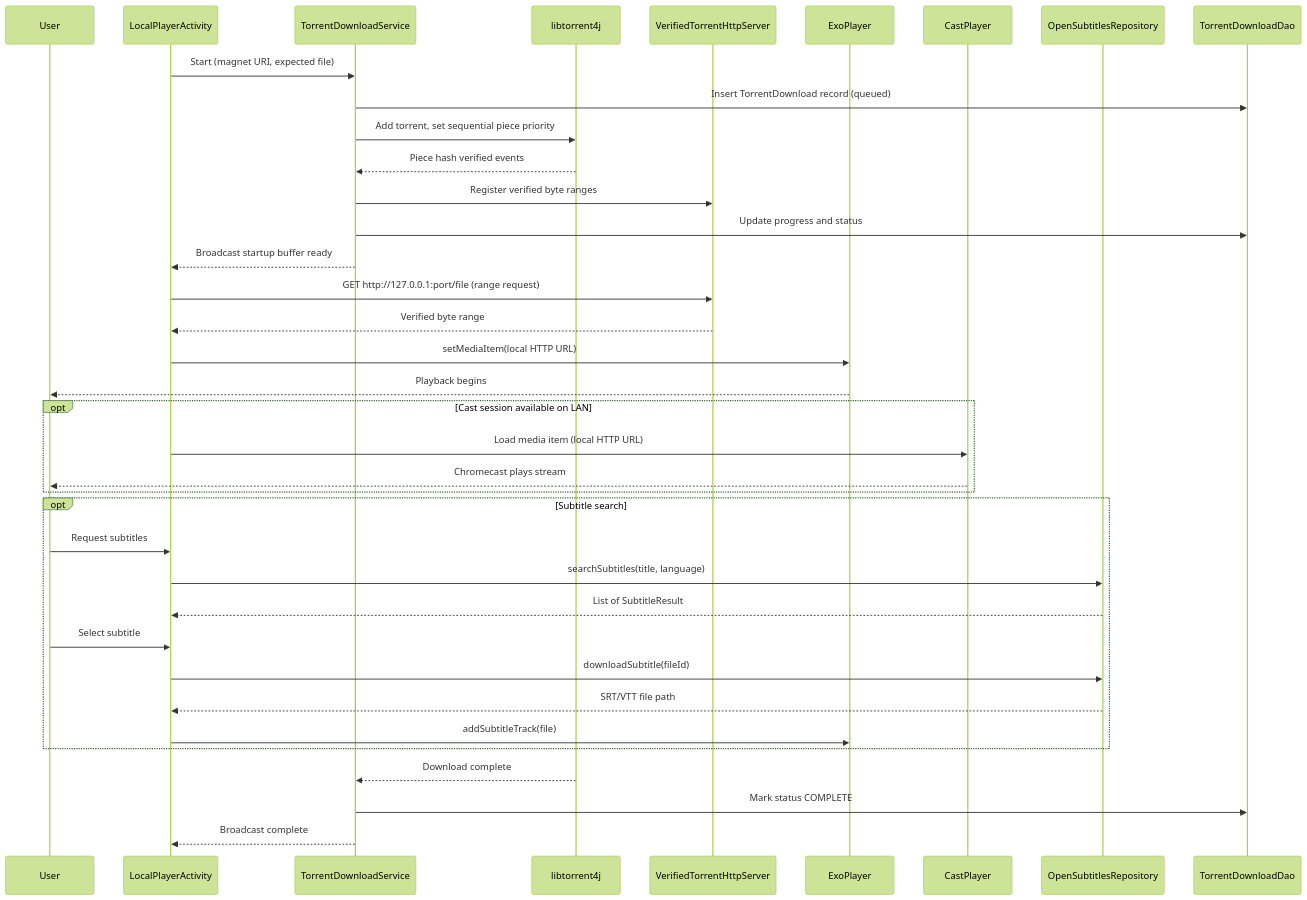
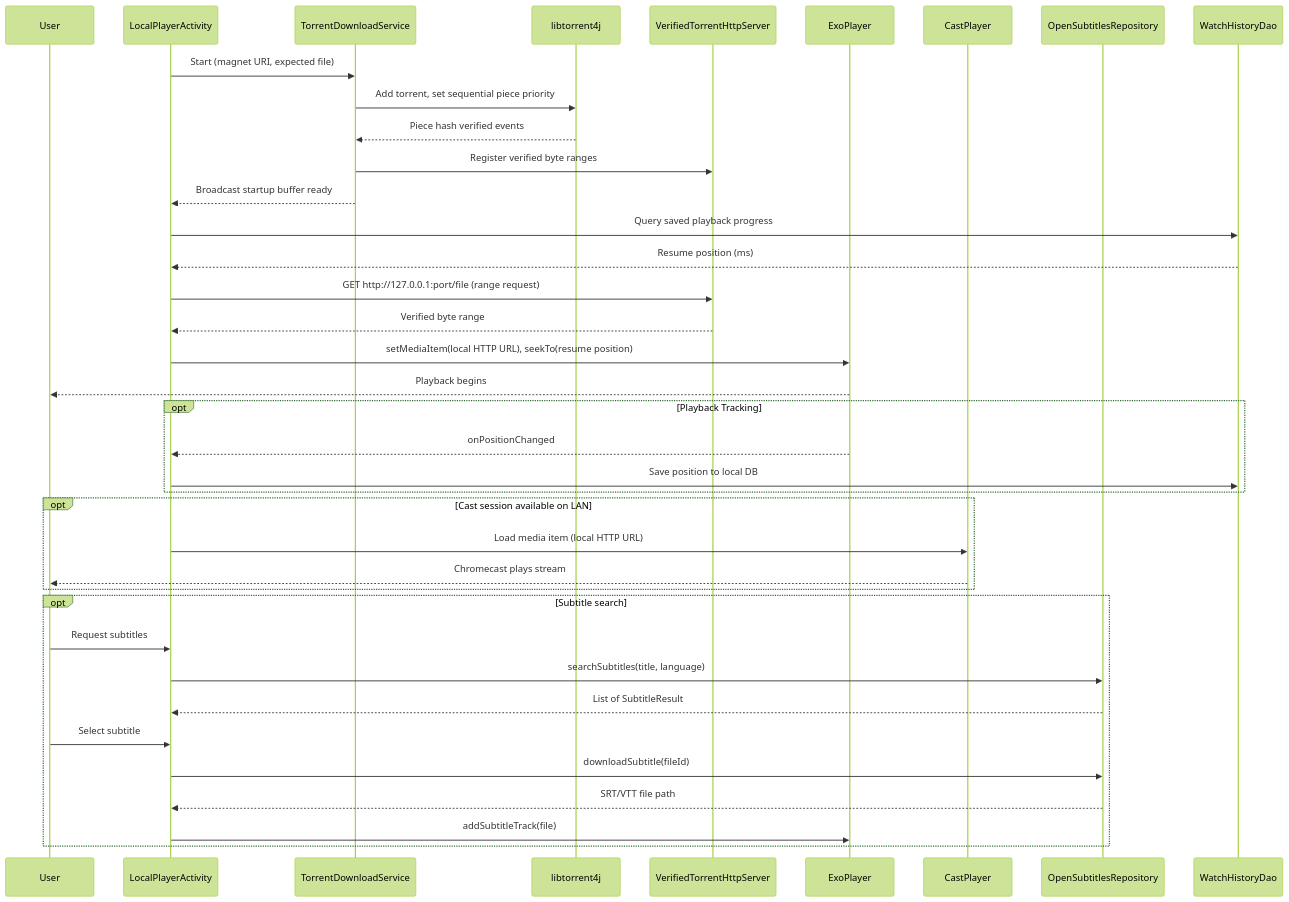
The fourth of 8 diagrams in ARCHITECTURE.md (martinrevert/LaTorrentola), drawn with Mermaid (forest theme) before and after one commit. The commit also changed other lines of this file and 1 other file, not shown here.

Commit message:
Revise AGENTS.md and ARCHITECTURE.md for clarity and structure; update onboarding rules, architecture standards, and focus management guidelines for TV UI components.

````diff
--- a/ARCHITECTURE.md
+++ b/ARCHITECTURE.md
@@ -254,40 +266,41 @@
 ```mermaid
 sequenceDiagram
     participant U as User
     participant LPA as LocalPlayerActivity
     participant TDS as TorrentDownloadService
     participant LT as libtorrent4j
     participant HTTP as VerifiedTorrentHttpServer
     participant EXO as ExoPlayer
     participant CAST as CastPlayer
     participant OSR as OpenSubtitlesRepository
-    participant TDAO as TorrentDownloadDao
+    participant WDAO as WatchHistoryDao
 
     LPA->>TDS: Start (magnet URI, expected file)
-    TDS->>TDAO: Insert TorrentDownload record (queued)
     TDS->>LT: Add torrent, set sequential piece priority
     LT-->>TDS: Piece hash verified events
     TDS->>HTTP: Register verified byte ranges
-    TDS->>TDAO: Update progress and status
     TDS-->>LPA: Broadcast startup buffer ready
+    LPA->>WDAO: Query saved playback progress
+    WDAO-->>LPA: Resume position (ms)
     LPA->>HTTP: GET http://127.0.0.1:port/file (range request)
     HTTP-->>LPA: Verified byte range
-    LPA->>EXO: setMediaItem(local HTTP URL)
+    LPA->>EXO: setMediaItem(local HTTP URL), seekTo(resume position)
     EXO-->>U: Playback begins
+    opt Playback Tracking
+        EXO-->>LPA: onPositionChanged
+        LPA->>WDAO: Save position to local DB
+    end
     opt Cast session available on LAN
         LPA->>CAST: Load media item (local HTTP URL)
         CAST-->>U: Chromecast plays stream
     end
     opt Subtitle search
         U->>LPA: Request subtitles
         LPA->>OSR: searchSubtitles(title, language)
         OSR-->>LPA: List of SubtitleResult
         U->>LPA: Select subtitle
         LPA->>OSR: downloadSubtitle(fileId)
         OSR-->>LPA: SRT/VTT file path
         LPA->>EXO: addSubtitleTrack(file)
     end
-    LT-->>TDS: Download complete
-    TDS->>TDAO: Mark status COMPLETE
-    TDS-->>LPA: Broadcast complete
 ```
````
